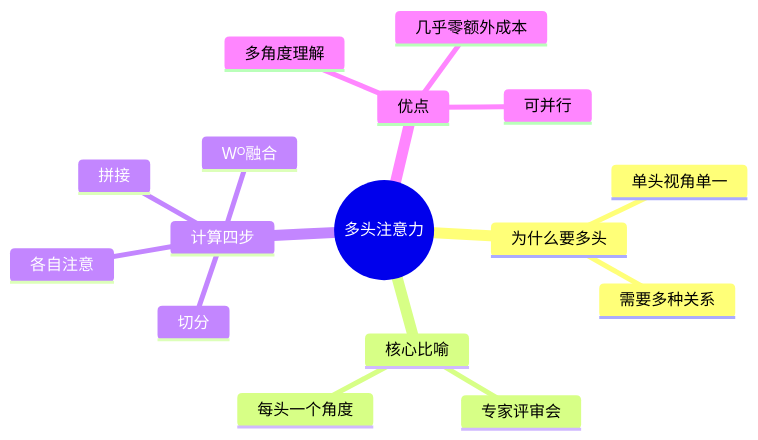
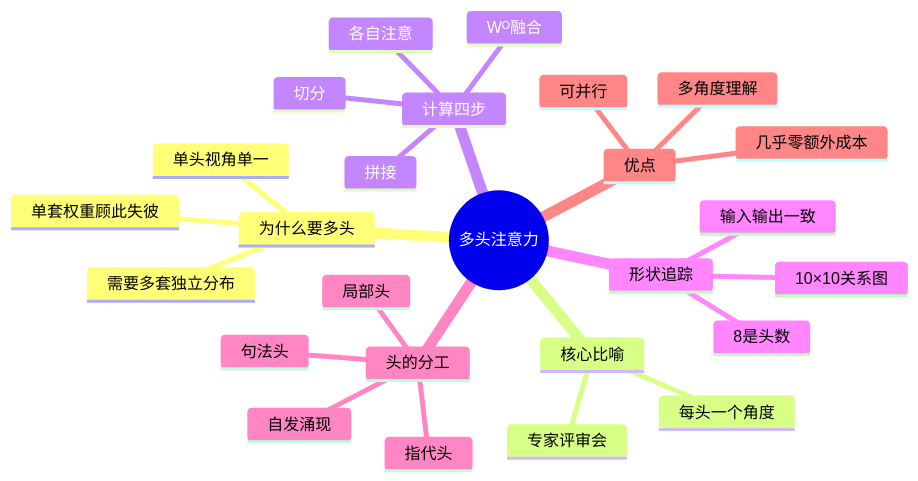
Before and after one commit to zerioo1970/summary: the eighth of 8 diagrams in transformer-学习资料/第04章-多头注意力.md, drawn with Mermaid. The commit also changed other lines of this file and 4 other files, not shown here.

Commit message:
大幅扩写第3-7章:新增数值手算/深入原理/更多图解/FAQ/可视化代码

````diff
--- a/transformer-学习资料/第04章-多头注意力.md
+++ b/transformer-学习资料/第04章-多头注意力.md
@@ -217,19 +394,29 @@
 ```mermaid
 mindmap
   root((多头注意力))
     为什么要多头
       单头视角单一
-      需要多种关系
+      单套权重顾此失彼
+      需要多套独立分布
     核心比喻
       专家评审会
       每头一个角度
     计算四步
       切分
       各自注意
       拼接
       Wᴼ融合
+    形状追踪
+      输入输出一致
+      8是头数
+      10×10关系图
+    头的分工
+      局部头
+      指代头
+      句法头
+      自发涌现
     优点
       多角度理解
       几乎零额外成本
       可并行
 ```
````
